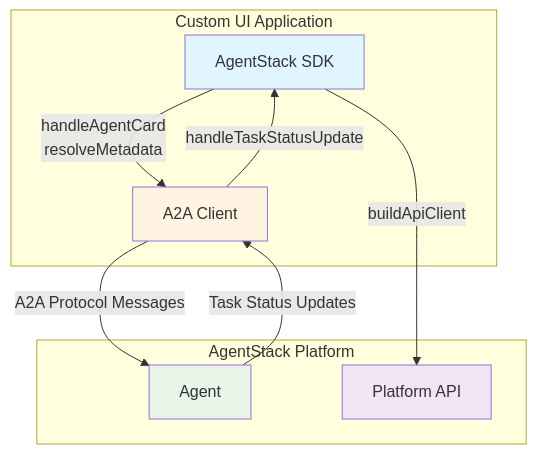
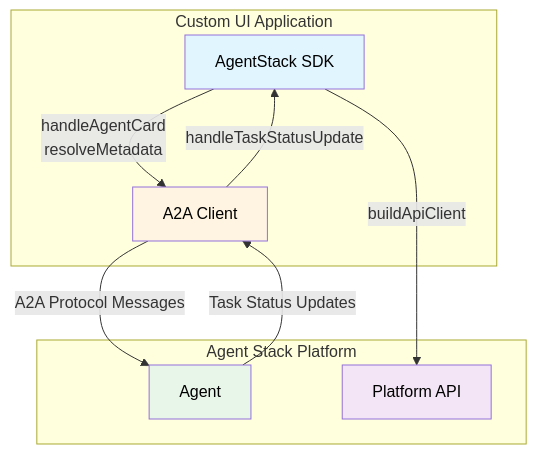
One commit to nagyist/beeai-platform changed the diagram in docs/development/custom-ui/getting-started.mdx. Above: the diagram before and after it, drawn with Mermaid.

Commit message:
docs: make mermaid diagram text readable in dark mode (#1995)
* docs: make mermaid diagram text readable in dark mode

* Fix typo in AgentStack Platform heading

* Update color styles in getting-started.mdx

---------

````diff
--- a/docs/development/custom-ui/getting-started.mdx
+++ b/docs/development/custom-ui/getting-started.mdx
@@ -24,23 +24,23 @@
 ```mermaid
 graph TB
     subgraph CustomUI [Custom UI Application]
         SDK[AgentStack SDK]
         A2AClient[A2A Client]
     end
     
-    subgraph AgentStack [AgentStack Platform]
+    subgraph AgentStack [Agent Stack Platform]
         Agent[Agent]
         API[Platform API]
     end
     
     SDK -->|"handleAgentCard<br/>resolveMetadata"| A2AClient
     A2AClient -->|"A2A Protocol Messages"| Agent
     Agent -->|"Task Status Updates"| A2AClient
     A2AClient -->|"handleTaskStatusUpdate"| SDK
     SDK -->|"buildApiClient"| API
     
-    style SDK fill:#e1f5ff
-    style A2AClient fill:#fff4e1
-    style Agent fill:#e8f5e9
-    style API fill:#f3e5f5
+    style SDK fill:#e1f5ff,color:#000
+    style A2AClient fill:#fff4e1,color:#000
+    style Agent fill:#e8f5e9,color:#000
+    style API fill:#f3e5f5,color:#000
 ```
````
